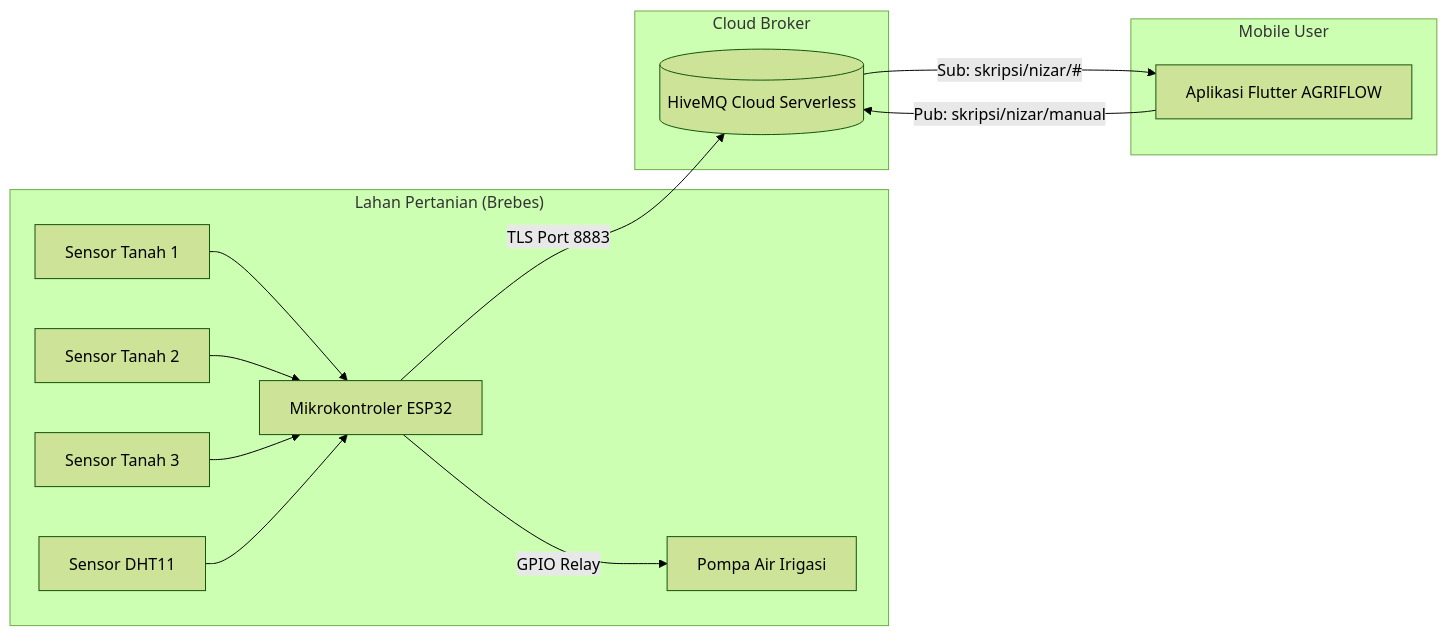
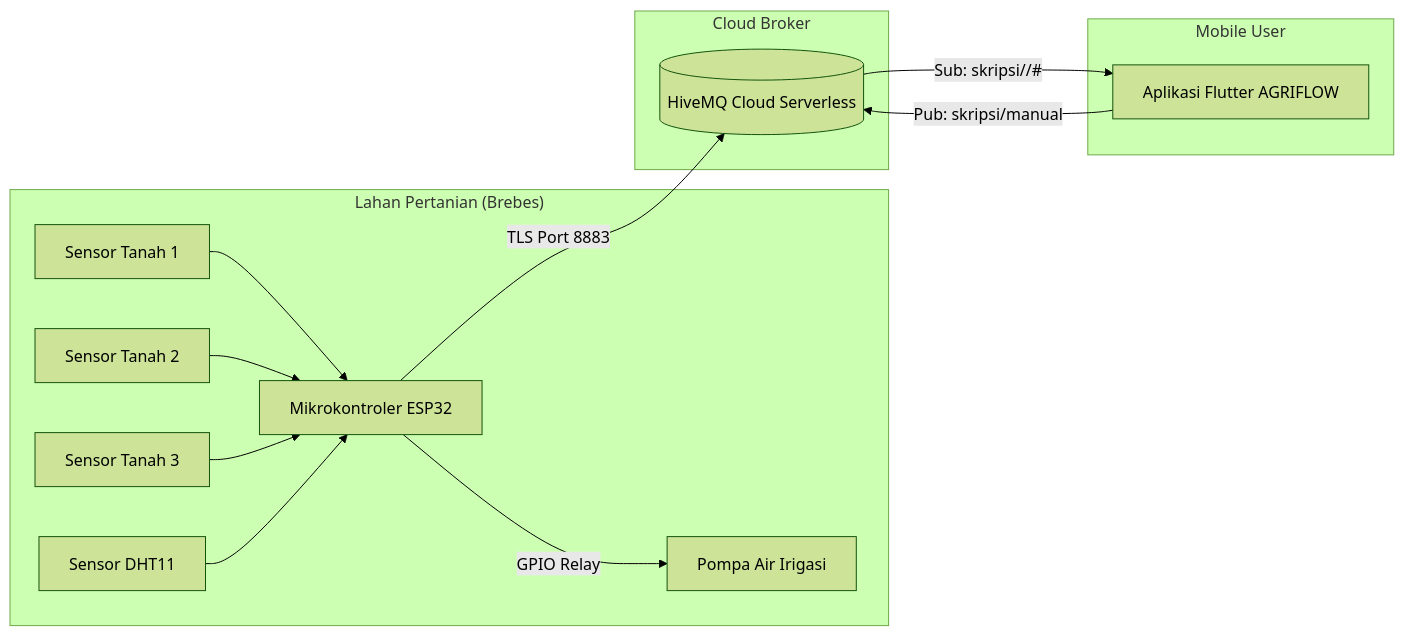
Before and after one commit to alnizar22/agriflow-iot: the diagram in README.md, drawn with Mermaid (forest theme). The commit also changed other lines of this file, not shown here.

````diff
--- a/README.md
+++ b/README.md
@@ -50,19 +50,19 @@
 ```mermaid
 flowchart LR
     subgraph Farm ["Lahan Pertanian (Brebes)"]
         S1["Sensor Tanah 1"] --> ESP32["Mikrokontroler ESP32"]
         S2["Sensor Tanah 2"] --> ESP32
         S3["Sensor Tanah 3"] --> ESP32
         DHT["Sensor DHT11"] --> ESP32
         ESP32 -->|GPIO Relay| PUMP["Pompa Air Irigasi"]
     end
 
     subgraph Cloud ["Cloud Broker"]
         ESP32 -->|TLS Port 8883| BROKER[("HiveMQ Cloud Serverless")]
     end
 
     subgraph Mobile ["Mobile User"]
-        BROKER -->|Sub: skripsi/nizar/#| APP["Aplikasi Flutter AGRIFLOW"]
-        APP -->|Pub: skripsi/nizar/manual| BROKER
+        BROKER -->|Sub: skripsi//#| APP["Aplikasi Flutter AGRIFLOW"]
+        APP -->|Pub: skripsi/manual| BROKER
     end
 ```
````
